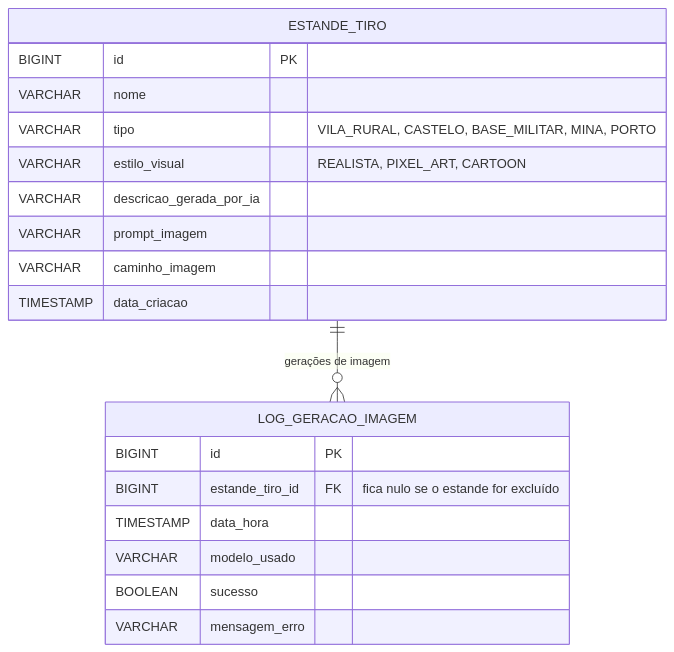
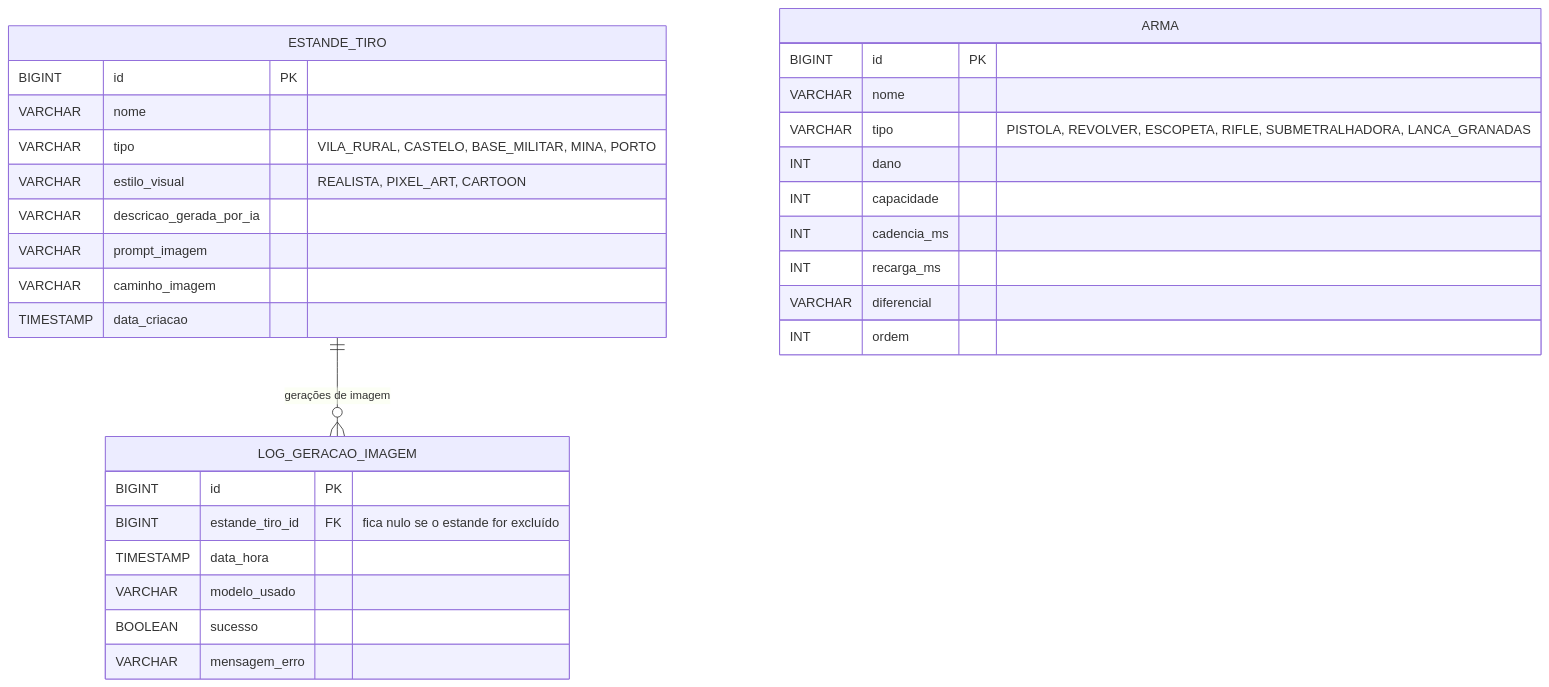
The diagram in README.md (Eduudc16/estande-tiro-ia), drawn with Mermaid before and after one commit. The commit also changed other lines of this file and 25 other files, not shown here.

````diff
--- a/README.md
+++ b/README.md
@@ -156,22 +208,33 @@
 ```mermaid
 erDiagram
     ESTANDE_TIRO ||--o{ LOG_GERACAO_IMAGEM : "gerações de imagem"
     ESTANDE_TIRO {
         BIGINT id PK
         VARCHAR nome
         VARCHAR tipo "VILA_RURAL, CASTELO, BASE_MILITAR, MINA, PORTO"
         VARCHAR estilo_visual "REALISTA, PIXEL_ART, CARTOON"
         VARCHAR descricao_gerada_por_ia
         VARCHAR prompt_imagem
         VARCHAR caminho_imagem
         TIMESTAMP data_criacao
     }
     LOG_GERACAO_IMAGEM {
         BIGINT id PK
         BIGINT estande_tiro_id FK "fica nulo se o estande for excluído"
         TIMESTAMP data_hora
         VARCHAR modelo_usado
         BOOLEAN sucesso
         VARCHAR mensagem_erro
     }
+    ARMA {
+        BIGINT id PK
+        VARCHAR nome
+        VARCHAR tipo "PISTOLA, REVOLVER, ESCOPETA, RIFLE, SUBMETRALHADORA, LANCA_GRANADAS"
+        INT dano
+        INT capacidade
+        INT cadencia_ms
+        INT recarga_ms
+        VARCHAR diferencial
+        INT ordem
+    }
 ```
````
